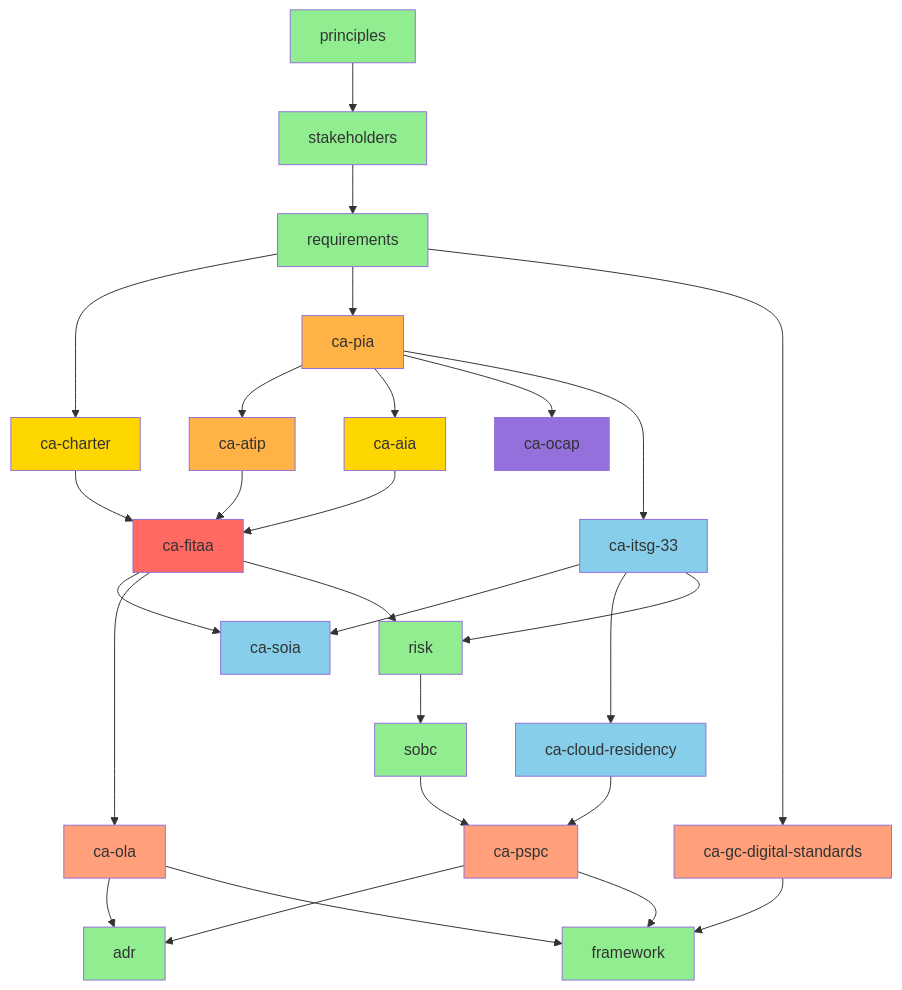
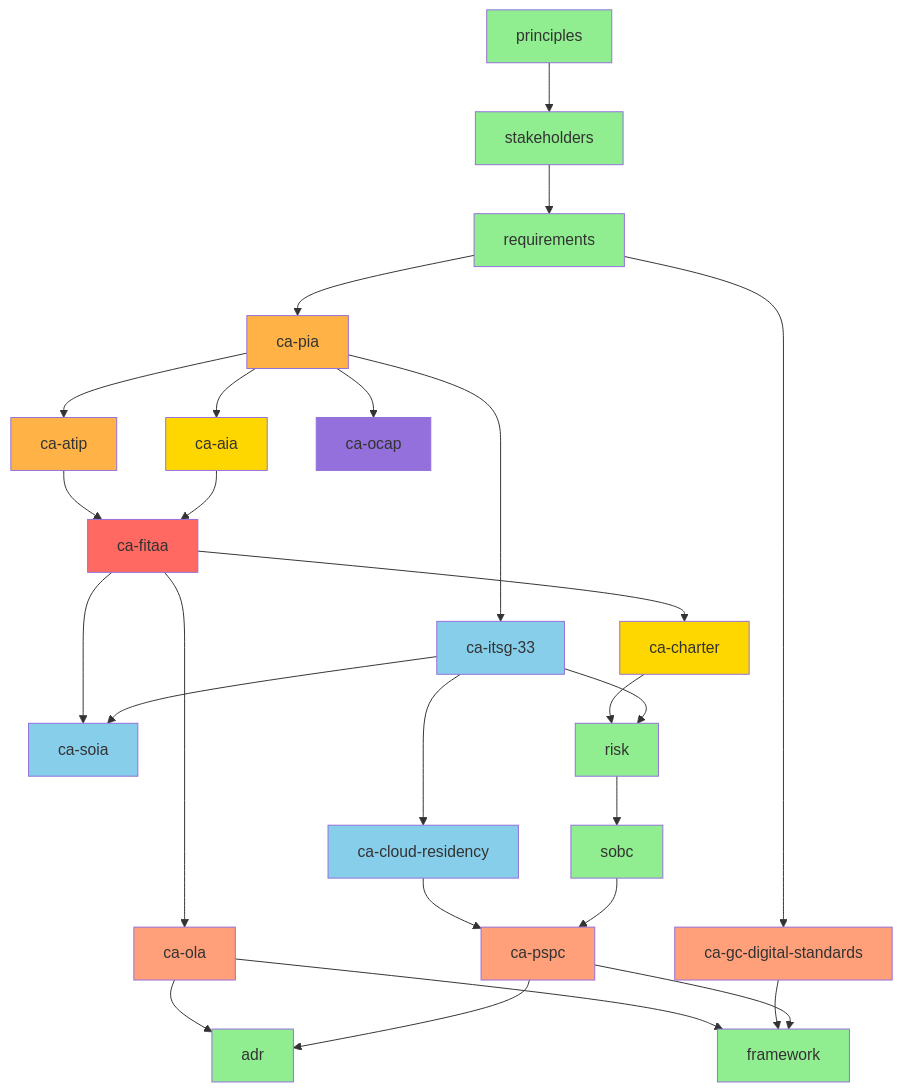
Before and after one commit to tractorjuice/arc-kit: the seventh of 14 diagrams in docs/WORKFLOW-DIAGRAMS.md, drawn with Mermaid. The commit also changed 96 other files, not shown here.

````diff
--- a/docs/WORKFLOW-DIAGRAMS.md
+++ b/docs/WORKFLOW-DIAGRAMS.md
@@ -913,69 +913,68 @@
 ```mermaid
 graph TD
     principles[principles]
     stakeholders[stakeholders]
     requirements[requirements]
     ca_charter[ca-charter]
     ca_pia[ca-pia]
     ca_fitaa[ca-fitaa]
     ca_atip[ca-atip]
     ca_aia[ca-aia]
     ca_ocap[ca-ocap]
     ca_itsg_33[ca-itsg-33]
     ca_soia[ca-soia]
     ca_cloud_residency[ca-cloud-residency]
     ca_ola[ca-ola]
     ca_gc_digital_standards[ca-gc-digital-standards]
     ca_pspc[ca-pspc]
     adr[adr]
     sobc[sobc]
     risk[risk]
     framework[framework]
 
     principles --> stakeholders
     stakeholders --> requirements
-    requirements --> ca_charter
     requirements --> ca_pia
-    ca_charter --> ca_fitaa
+    ca_fitaa --> ca_charter
     ca_atip --> ca_fitaa
     ca_aia --> ca_fitaa
     ca_pia --> ca_atip
     ca_pia --> ca_aia
     ca_pia --> ca_ocap
     ca_pia --> ca_itsg_33
     ca_fitaa --> ca_soia
     ca_itsg_33 --> ca_soia
     ca_itsg_33 --> ca_cloud_residency
     ca_fitaa --> ca_ola
     requirements --> ca_gc_digital_standards
     ca_cloud_residency --> ca_pspc
     ca_ola --> adr
     ca_pspc --> adr
     sobc --> ca_pspc
     risk --> sobc
-    ca_fitaa --> risk
+    ca_charter --> risk
     ca_itsg_33 --> risk
     ca_ola --> framework
     ca_gc_digital_standards --> framework
     ca_pspc --> framework
 
     style principles fill:#90EE90
     style stakeholders fill:#90EE90
     style requirements fill:#90EE90
     style ca_charter fill:#FFD700
     style ca_pia fill:#FFB347
     style ca_fitaa fill:#FF6961
     style ca_atip fill:#FFB347
     style ca_aia fill:#FFD700
     style ca_ocap fill:#9370DB
     style ca_itsg_33 fill:#87CEEB
     style ca_soia fill:#87CEEB
     style ca_cloud_residency fill:#87CEEB
     style ca_ola fill:#FFA07A
     style ca_gc_digital_standards fill:#FFA07A
     style ca_pspc fill:#FFA07A
     style adr fill:#90EE90
     style sobc fill:#90EE90
     style risk fill:#90EE90
     style framework fill:#90EE90
 ```
````
